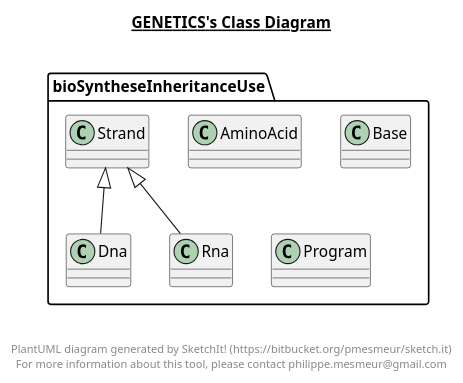
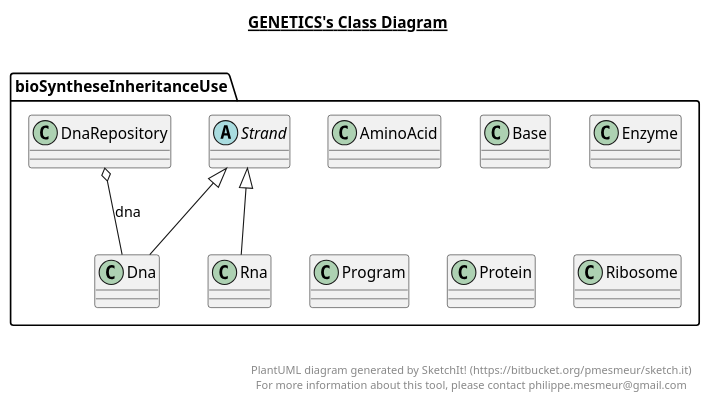
The diagram in genetics.plantuml (AlexandreGheraibia/genetics), drawn with PlantUML before and after one commit. The commit also changed 6 other files, not shown here.

```diff
--- a/genetics.plantuml
+++ b/genetics.plantuml
@@ -1,52 +1,77 @@
 @startuml
 
 title __GENETICS's Class Diagram__\n
 
   package bioSyntheseInheritanceUse {
     class AminoAcid {
     }
   }
   
 
   package bioSyntheseInheritanceUse {
     class Base {
     }
   }
   
 
   package bioSyntheseInheritanceUse {
     class Dna {
     }
   }
   
 
   package bioSyntheseInheritanceUse {
+    class DnaRepository {
+    }
+  }
+  
+
+  package bioSyntheseInheritanceUse {
+    class Enzyme {
+    }
+  }
+  
+
+  package bioSyntheseInheritanceUse {
     class Program {
+    }
+  }
+  
+
+  package bioSyntheseInheritanceUse {
+    class Protein {
+    }
+  }
+  
+
+  package bioSyntheseInheritanceUse {
+    class Ribosome {
     }
   }
   
 
   package bioSyntheseInheritanceUse {
     class Rna {
     }
   }
   
 
   package bioSyntheseInheritanceUse {
-    class Strand {
+    abstract class Strand {
     }
   }
   
 
   Dna -up-|> Strand
+  DnaRepository o-- Dna : dna
   Rna -up-|> Strand
 
 
 right footer
 
 
 PlantUML diagram generated by SketchIt! (https://bitbucket.org/pmesmeur/sketch.it)
 For more information about this tool, please contact philippe.mesmeur@gmail.com
 endfooter
 
 @enduml
```
